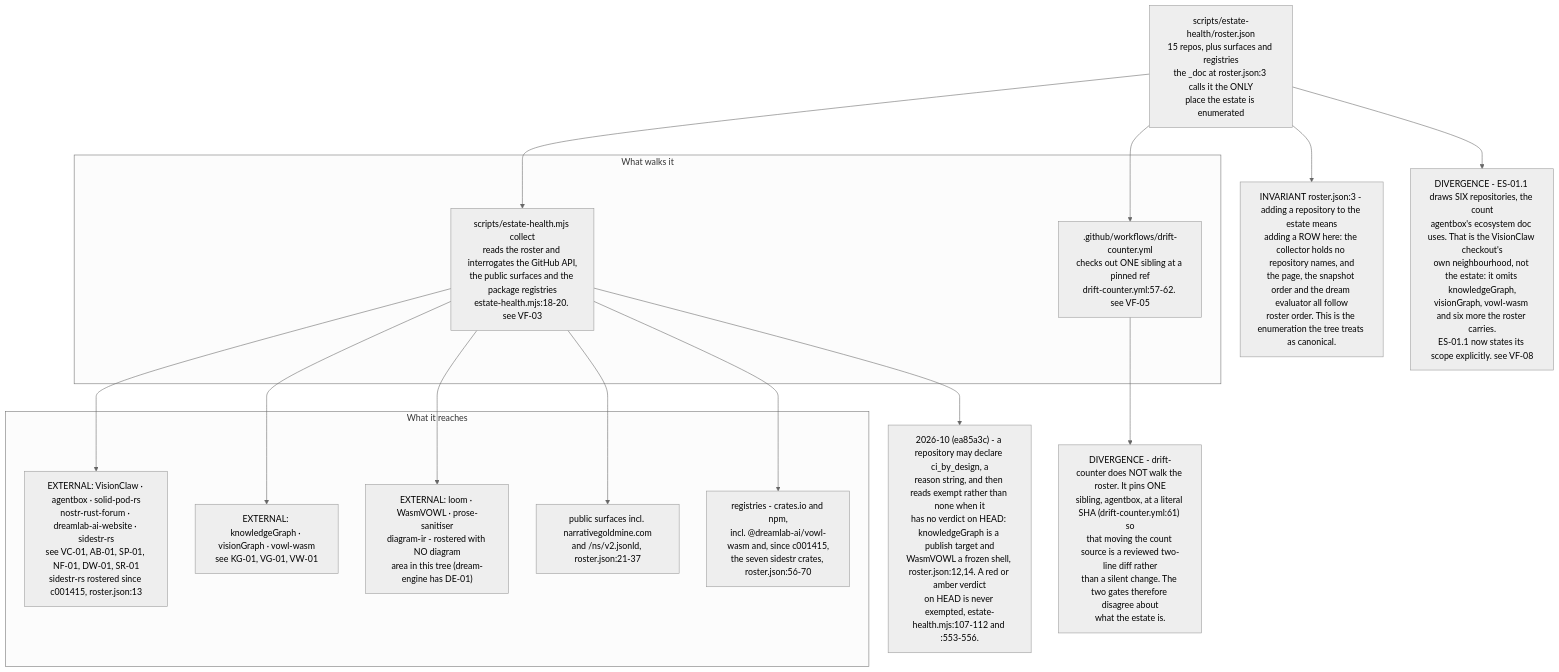
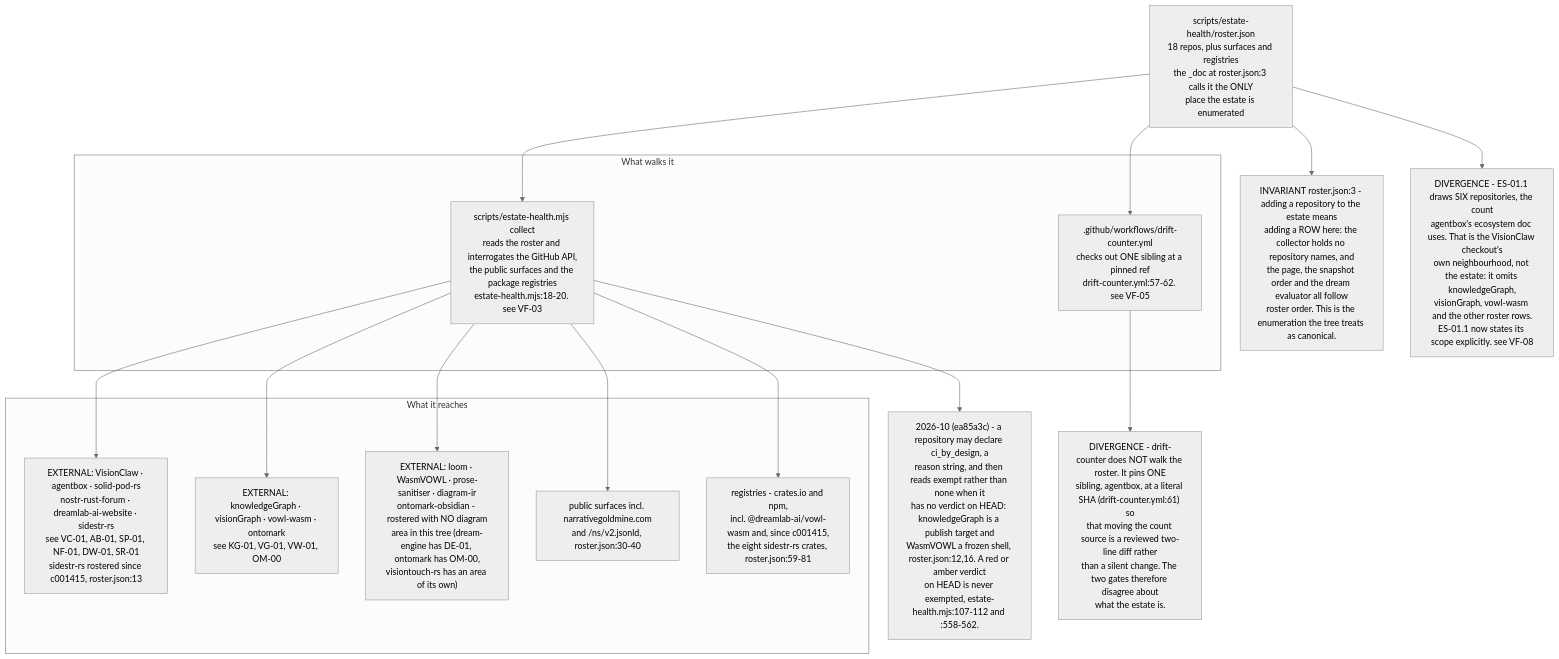
The fifth of 5 diagrams in docs/diagrams/estate/11-publishing-axis.md (DreamLab-AI/VisionFlow), drawn with Mermaid (neutral theme) before and after one commit. The commit also changed other lines of this file and 160 other files, not shown here.

````diff
--- a/docs/diagrams/estate/11-publishing-axis.md
+++ b/docs/diagrams/estate/11-publishing-axis.md
@@ -135,35 +140,35 @@
 ```mermaid
 flowchart TB
-    ROSTER["scripts/estate-health/roster.json<br/>15 repos, plus surfaces and registries<br/>the _doc at roster.json:3 calls it the ONLY<br/>place the estate is enumerated"]
+    ROSTER["scripts/estate-health/roster.json<br/>18 repos, plus surfaces and registries<br/>the _doc at roster.json:3 calls it the ONLY<br/>place the estate is enumerated"]
 
     subgraph READERS["What walks it"]
         EH["scripts/estate-health.mjs collect<br/>reads the roster and interrogates the GitHub API,<br/>the public surfaces and the package registries<br/>estate-health.mjs:18-20. see VF-03"]
         DC[".github/workflows/drift-counter.yml<br/>checks out ONE sibling at a pinned ref<br/>drift-counter.yml:57-62. see VF-05"]
     end
 
     subgraph TARGETS["What it reaches"]
         R1["EXTERNAL: VisionClaw · agentbox · solid-pod-rs<br/>nostr-rust-forum · dreamlab-ai-website · sidestr-rs<br/>see VC-01, AB-01, SP-01, NF-01, DW-01, SR-01<br/>sidestr-rs rostered since c001415, roster.json:13"]
-        R2["EXTERNAL: knowledgeGraph · visionGraph · vowl-wasm<br/>see KG-01, VG-01, VW-01"]
-        R3["EXTERNAL: loom · WasmVOWL · prose-sanitiser<br/>diagram-ir - rostered with NO diagram<br/>area in this tree (dream-engine has DE-01)"]
-        SURF["public surfaces incl. narrativegoldmine.com<br/>and /ns/v2.jsonld, roster.json:21-37"]
-        REG["registries - crates.io and npm,<br/>incl. @dreamlab-ai/vowl-wasm and, since c001415,<br/>the seven sidestr crates, roster.json:56-70"]
+        R2["EXTERNAL: knowledgeGraph · visionGraph · vowl-wasm · ontomark<br/>see KG-01, VG-01, VW-01, OM-00"]
+        R3["EXTERNAL: loom · WasmVOWL · prose-sanitiser · diagram-ir<br/>ontomark-obsidian - rostered with NO diagram<br/>area in this tree (dream-engine has DE-01, ontomark has OM-00,<br/>visiontouch-rs has an area of its own)"]
+        SURF["public surfaces incl. narrativegoldmine.com<br/>and /ns/v2.jsonld, roster.json:30-40"]
+        REG["registries - crates.io and npm,<br/>incl. @dreamlab-ai/vowl-wasm and, since c001415,<br/>the eight sidestr-rs crates, roster.json:59-81"]
     end
 
     ROSTER --> EH
     ROSTER --> DC
     EH --> R1
     EH --> R2
     EH --> R3
     EH --> SURF
     EH --> REG
 
     INV["INVARIANT roster.json:3 - adding a repository to the estate means<br/>adding a ROW here: the collector holds no repository names, and<br/>the page, the snapshot order and the dream evaluator all follow<br/>roster order. This is the enumeration the tree treats as canonical."]
     D1["DIVERGENCE - drift-counter does NOT walk the roster. It pins ONE<br/>sibling, agentbox, at a literal SHA (drift-counter.yml:61) so<br/>that moving the count source is a reviewed two-line diff rather<br/>than a silent change. The two gates therefore disagree about<br/>what the estate is."]
-    D2["DIVERGENCE - ES-01.1 draws SIX repositories, the count<br/>agentbox's ecosystem doc uses. That is the VisionClaw checkout's<br/>own neighbourhood, not the estate: it omits knowledgeGraph,<br/>visionGraph, vowl-wasm and six more the roster carries.<br/>ES-01.1 now states its scope explicitly. see VF-08"]
+    D2["DIVERGENCE - ES-01.1 draws SIX repositories, the count<br/>agentbox's ecosystem doc uses. That is the VisionClaw checkout's<br/>own neighbourhood, not the estate: it omits knowledgeGraph,<br/>visionGraph, vowl-wasm and the other roster rows.<br/>ES-01.1 now states its scope explicitly. see VF-08"]
 
-    EXEMPT["2026-10 (ea85a3c) - a repository may declare ci_by_design, a<br/>reason string, and then reads exempt rather than none when it<br/>has no verdict on HEAD: knowledgeGraph is a publish target and<br/>WasmVOWL a frozen shell, roster.json:12,14. A red or amber verdict<br/>on HEAD is never exempted, estate-health.mjs:107-112 and :553-556."]
+    EXEMPT["2026-10 (ea85a3c) - a repository may declare ci_by_design, a<br/>reason string, and then reads exempt rather than none when it<br/>has no verdict on HEAD: knowledgeGraph is a publish target and<br/>WasmVOWL a frozen shell, roster.json:12,16. A red or amber verdict<br/>on HEAD is never exempted, estate-health.mjs:107-112 and :558-562."]
     EH --> EXEMPT
     ROSTER --> INV
     DC --> D1
     ROSTER --> D2
 ```
````
